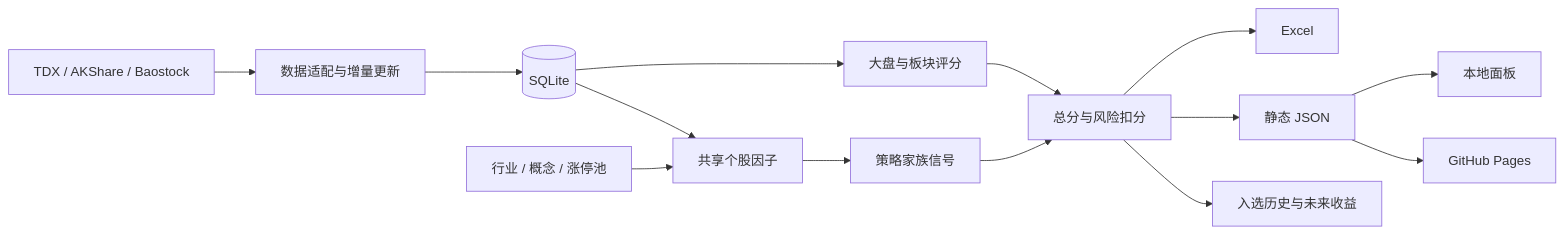
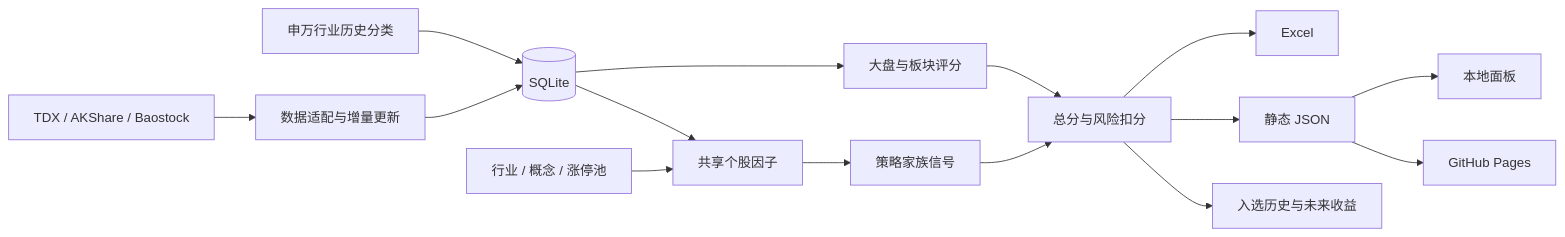
The diagram in docs/ARCHITECTURE.md (Super-YYQ/stock_selector), drawn with Mermaid before and after one commit. The commit also changed other lines of this file and 25 other files, not shown here.

````diff
--- a/docs/ARCHITECTURE.md
+++ b/docs/ARCHITECTURE.md
@@ -5,16 +5,17 @@
 ```mermaid
 flowchart LR
     P[TDX / AKShare / Baostock] --> F[数据适配与增量更新]
+    I[申万行业历史分类] --> D
     F --> D[(SQLite)]
     D --> M[大盘与板块评分]
     D --> X[共享个股因子]
     C[行业 / 概念 / 涨停池] --> X
     X --> S[策略家族信号]
     M --> R[总分与风险扣分]
     S --> R
     R --> E[Excel]
     R --> J[静态 JSON]
     J --> W[本地面板]
     J --> G[GitHub Pages]
     R --> H[入选历史与未来收益]
 ```
````
